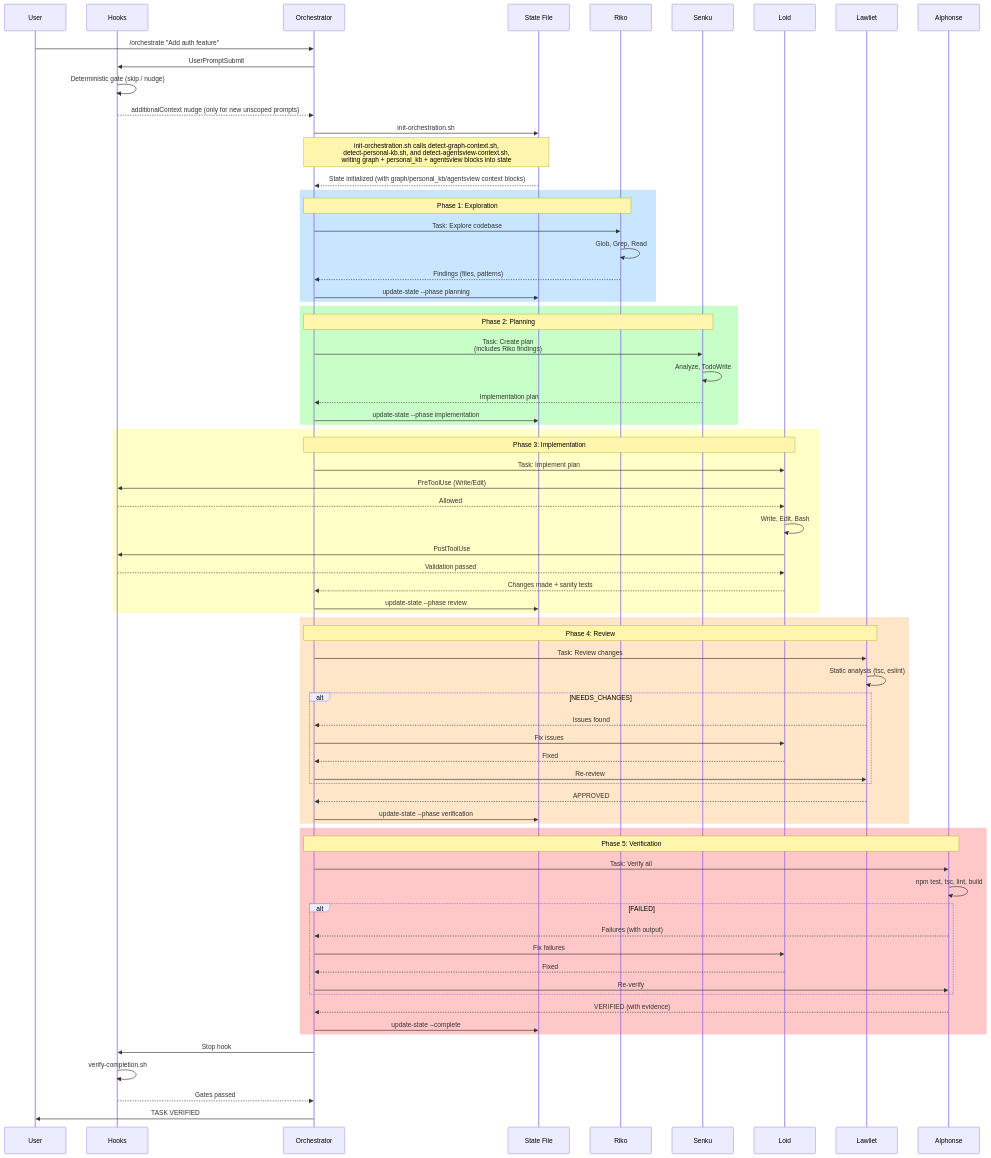
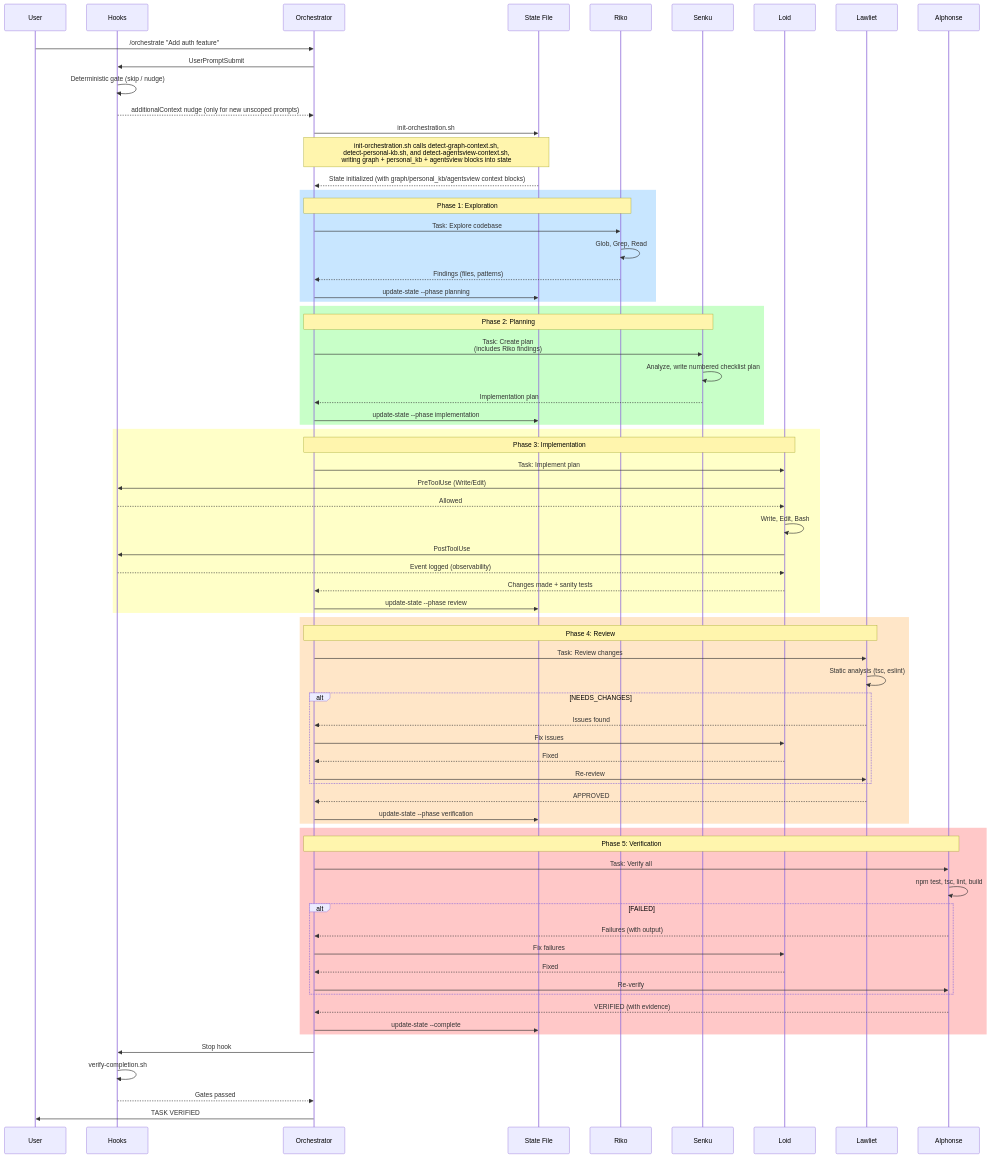
Before and after one commit to josix/agent-flow: the first of 9 diagrams in docs/architecture/data-flows.md, drawn with Mermaid. The commit also changed other lines of this file and 60 other files, not shown here.

First line of the commit message:
feat: modernize agent-flow for current Claude Code and speed up /orchestrate

```diff
--- a/docs/architecture/data-flows.md
+++ b/docs/architecture/data-flows.md
@@ -40,7 +40,7 @@
     rect rgb(200, 255, 200)
         Note over O,S: Phase 2: Planning
         O->>S: Task: Create plan<br/>(includes Riko findings)
-        S->>S: Analyze, TodoWrite
+        S->>S: Analyze, write numbered checklist plan
         S-->>O: Implementation plan
         O->>ST: update-state --phase implementation
     end
@@ -53,7 +53,7 @@
         H-->>L: Allowed
         L->>L: Write, Edit, Bash
         L->>H: PostToolUse
-        H-->>L: Validation passed
+        H-->>L: Event logged (observability)
         L-->>O: Changes made + sanity tests
         O->>ST: update-state --phase review
     end
```
